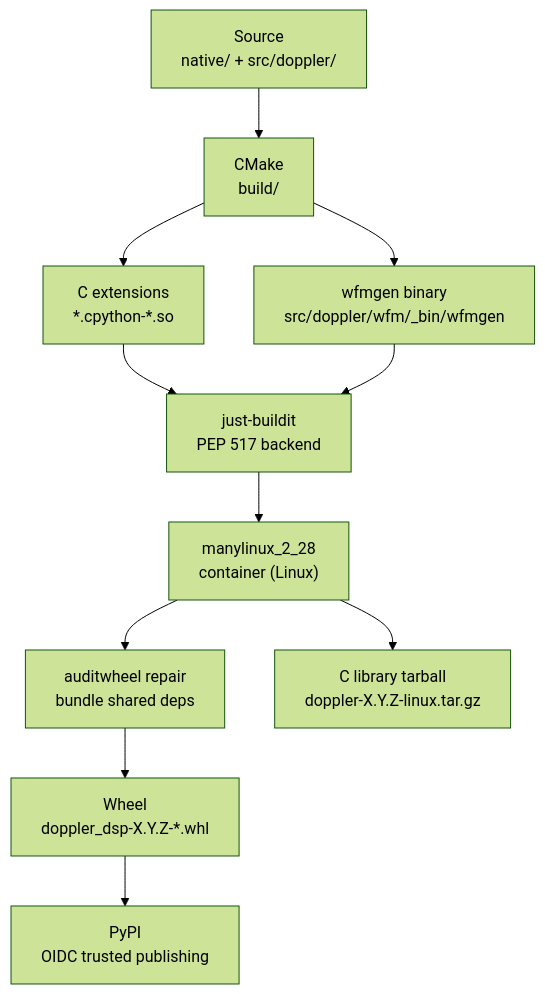
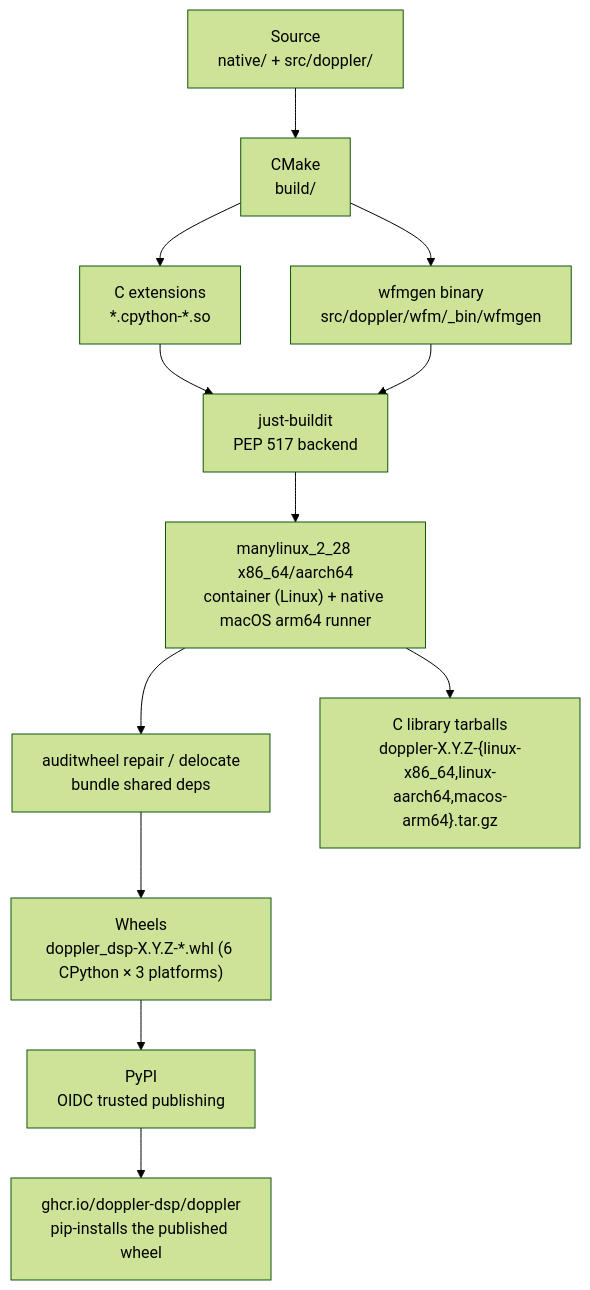
Before and after one commit to doppler-dsp/doppler: the diagram in docs/dev/build-internals.md, drawn with Mermaid (forest theme). The commit also changed other lines of this file and 1 other file, not shown here.

First line of the commit message:
docs(dev): document container publishing and the aarch64 build/SVE gate (#454)

````diff
--- a/docs/dev/build-internals.md
+++ b/docs/dev/build-internals.md
@@ -11,17 +11,18 @@
 ```mermaid
 flowchart TD
     src["Source\nnative/ + src/doppler/"]
     cmake["CMake\nbuild/"]
     so["C extensions\n*.cpython-*.so"]
     bin["wfmgen binary\nsrc/doppler/wfm/_bin/wfmgen"]
     jb["just-buildit\nPEP 517 backend"]
-    manylinux["manylinux_2_28\ncontainer (Linux)"]
-    auditwheel["auditwheel repair\nbundle shared deps"]
-    wheel["Wheel\ndoppler_dsp-X.Y.Z-*.whl"]
+    manylinux["manylinux_2_28 x86_64/aarch64\ncontainer (Linux) + native macOS arm64 runner"]
+    auditwheel["auditwheel repair / delocate\nbundle shared deps"]
+    wheel["Wheels\ndoppler_dsp-X.Y.Z-*.whl (6 CPython × 3 platforms)"]
     pypi["PyPI\nOIDC trusted publishing"]
-    ctarball["C library tarball\ndoppler-X.Y.Z-linux.tar.gz"]
+    ghcr["ghcr.io/doppler-dsp/doppler\npip-installs the published wheel"]
+    ctarball["C library tarballs\ndoppler-X.Y.Z-{linux-x86_64,linux-aarch64,macos-arm64}.tar.gz"]
 
-    src --> cmake --> so --> jb --> manylinux --> auditwheel --> wheel --> pypi
+    src --> cmake --> so --> jb --> manylinux --> auditwheel --> wheel --> pypi --> ghcr
     cmake --> bin --> jb
     manylinux --> ctarball
 ```
````
